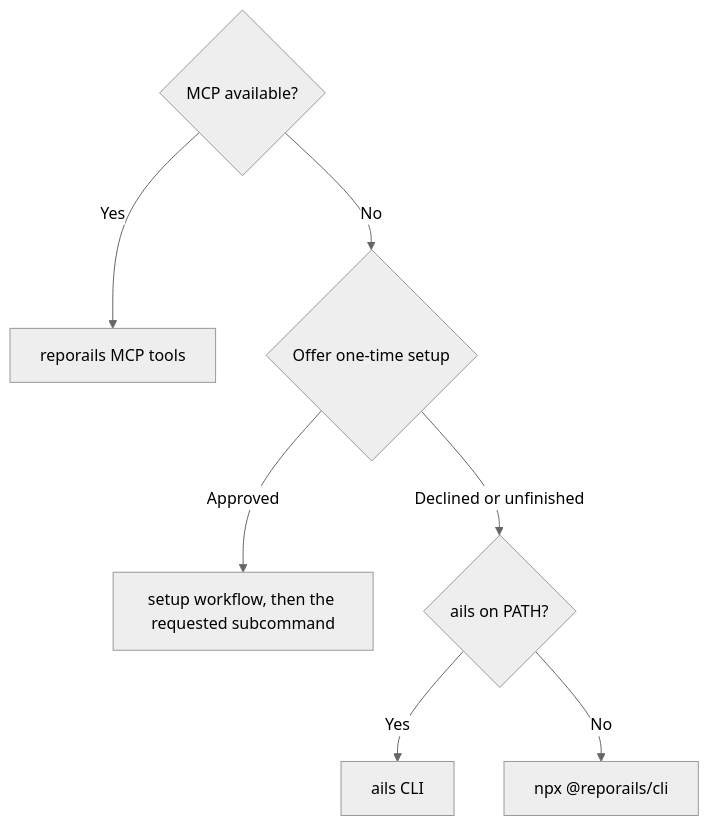
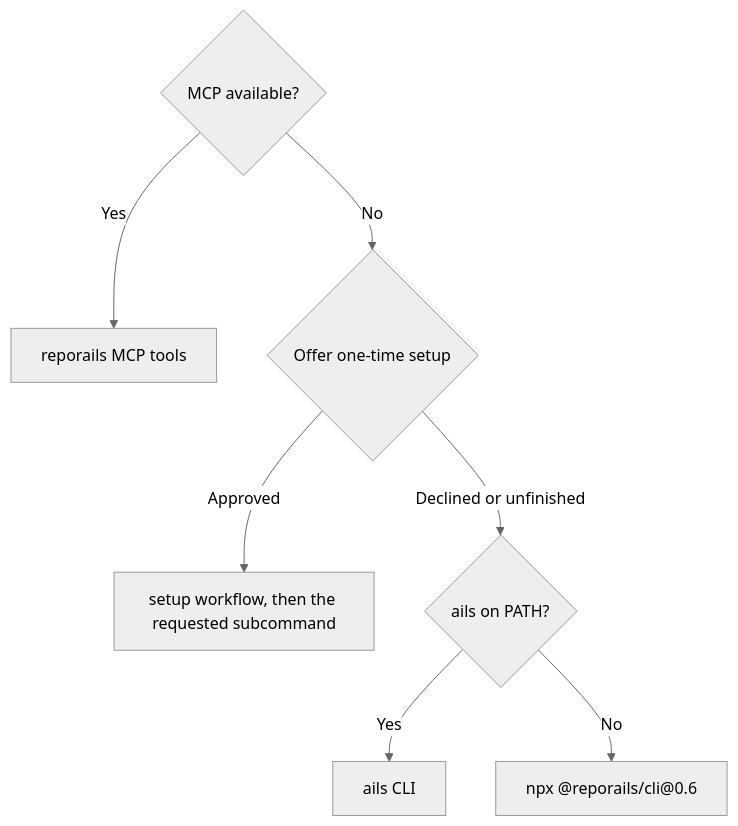
Before and after one commit to reporails/plugin: the diagram in plugins/reporails/skills/ails/workflows/setup.md, drawn with Mermaid (neutral theme). The commit also changed other lines of this file and 7 other files, not shown here.

Commit message:
plugin: the remedy agent retries a temporary server error on validate, the npx fallback is pinned to @reporails/cli@0.6, and the heal report file name carries the time

````diff
--- a/plugins/reporails/skills/ails/workflows/setup.md
+++ b/plugins/reporails/skills/ails/workflows/setup.md
@@ -16,9 +16,9 @@
 ```mermaid
 flowchart TD
     A{MCP available?} -->|Yes| H["reporails MCP tools"]
     A -->|No| S{Offer one-time setup}
     S -->|Approved| T["setup workflow, then the requested subcommand"]
     S -->|Declined or unfinished| I{ails on PATH?}
     I -->|Yes| J[ails CLI]
-    I -->|No| K["npx @reporails/cli"]
+    I -->|No| K["npx @reporails/cli@0.6"]
 ```
````
